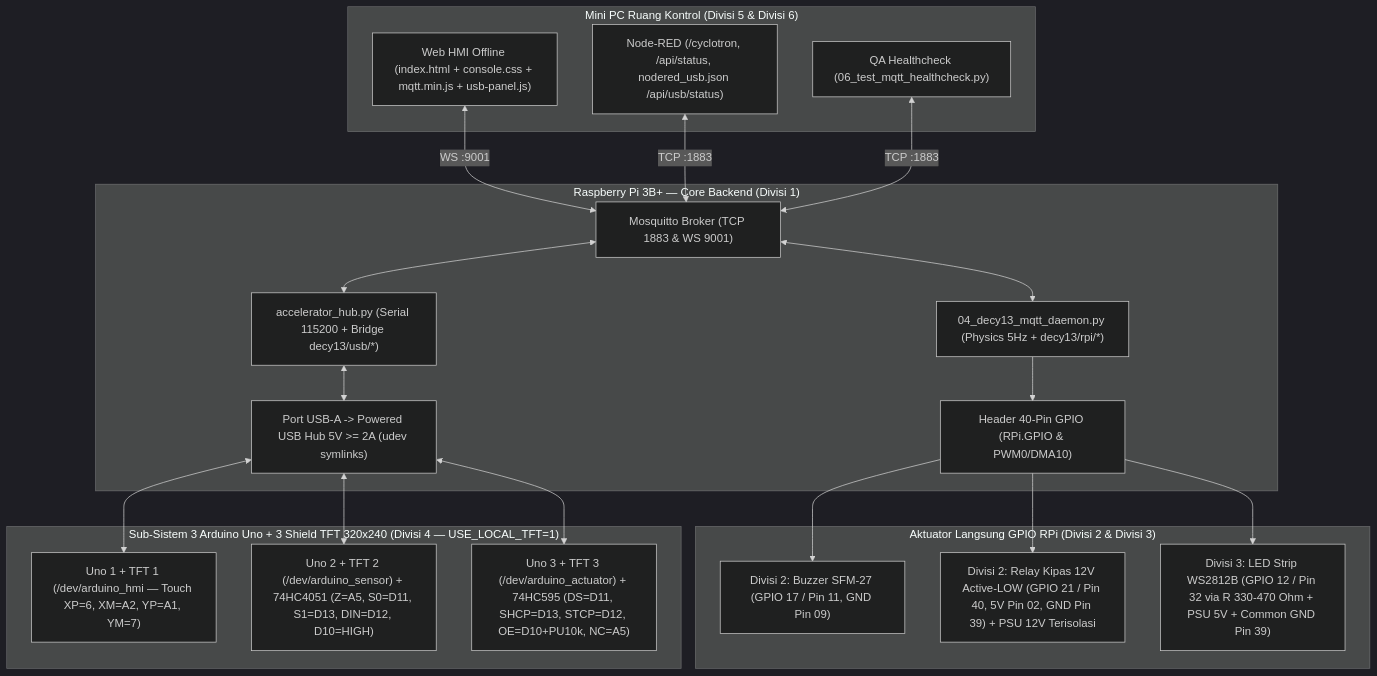
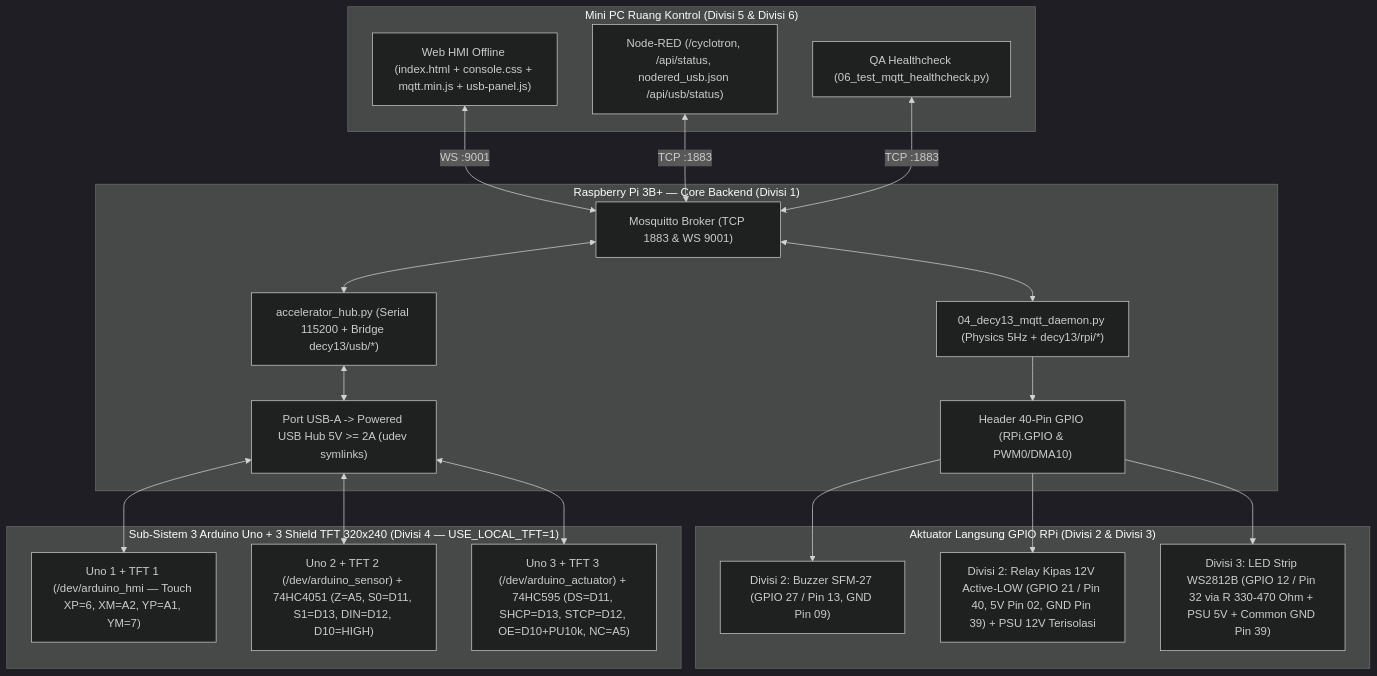
One commit to azfaaksan-hub/sp-aksel-polteknuklir changed the diagram in README.md. Above: the diagram before and after it, drawn with Mermaid (dark theme). The commit also changed other lines of this file and 8 other files, not shown here.

Commit message:
feat(divisi2,config): pindah pin buzzer ke GPIO 27 (Pin 13) dan integrasi pola bunyi Divisi 2

````diff
--- a/README.md
+++ b/README.md
@@ -147,42 +147,42 @@
 ```mermaid
 flowchart TB
     subgraph MINIPC["Mini PC Ruang Kontrol (Divisi 5 & Divisi 6)"]
         HMI["Web HMI Offline (index.html + console.css + mqtt.min.js + usb-panel.js)"]
         NR["Node-RED (/cyclotron, /api/status, nodered_usb.json /api/usb/status)"]
         QA["QA Healthcheck (06_test_mqtt_healthcheck.py)"]
     end
 
     subgraph RPI["Raspberry Pi 3B+ — Core Backend (Divisi 1)"]
         MOSQ["Mosquitto Broker (TCP 1883 & WS 9001)"]
         DAEMON["04_decy13_mqtt_daemon.py (Physics 5Hz + decy13/rpi/*)"]
         USBHUB["accelerator_hub.py (Serial 115200 + Bridge decy13/usb/*)"]
         GPIO_BUS["Header 40-Pin GPIO (RPi.GPIO & PWM0/DMA10)"]
         USB_PORT["Port USB-A -> Powered USB Hub 5V >= 2A (udev symlinks)"]
     end
 
     subgraph HW_GPIO["Aktuator Langsung GPIO RPi (Divisi 2 & Divisi 3)"]
-        BUZZ["Divisi 2: Buzzer SFM-27 (GPIO 17 / Pin 11, GND Pin 09)"]
+        BUZZ["Divisi 2: Buzzer SFM-27 (GPIO 27 / Pin 13, GND Pin 09)"]
         RELAY["Divisi 2: Relay Kipas 12V Active-LOW (GPIO 21 / Pin 40, 5V Pin 02, GND Pin 39) + PSU 12V Terisolasi"]
         LED["Divisi 3: LED Strip WS2812B (GPIO 12 / Pin 32 via R 330-470 Ohm + PSU 5V + Common GND Pin 39)"]
     end
 
     subgraph HW_UNO["Sub-Sistem 3 Arduino Uno + 3 Shield TFT 320x240 (Divisi 4 — USE_LOCAL_TFT=1)"]
         UNO1["Uno 1 + TFT 1 (/dev/arduino_hmi — Touch XP=6, XM=A2, YP=A1, YM=7)"]
         UNO2["Uno 2 + TFT 2 (/dev/arduino_sensor) + 74HC4051 (Z=A5, S0=D11, S1=D13, DIN=D12, D10=HIGH)"]
         UNO3["Uno 3 + TFT 3 (/dev/arduino_actuator) + 74HC595 (DS=D11, SHCP=D13, STCP=D12, OE=D10+PU10k, NC=A5)"]
     end
 
     HMI <-->|"WS :9001"| MOSQ
     NR <-->|"TCP :1883"| MOSQ
     QA <-->|"TCP :1883"| MOSQ
     MOSQ <--> DAEMON
     MOSQ <--> USBHUB
     DAEMON --> GPIO_BUS
     GPIO_BUS --> BUZZ
     GPIO_BUS --> RELAY
     GPIO_BUS --> LED
     USBHUB <--> USB_PORT
     USB_PORT <--> UNO1
     USB_PORT <--> UNO2
     USB_PORT <--> UNO3
 ```
````
